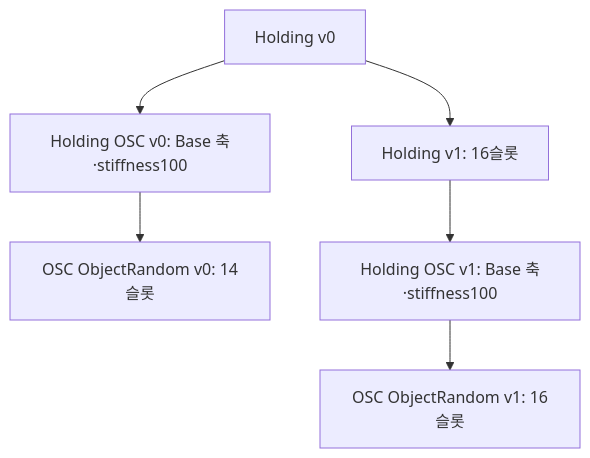
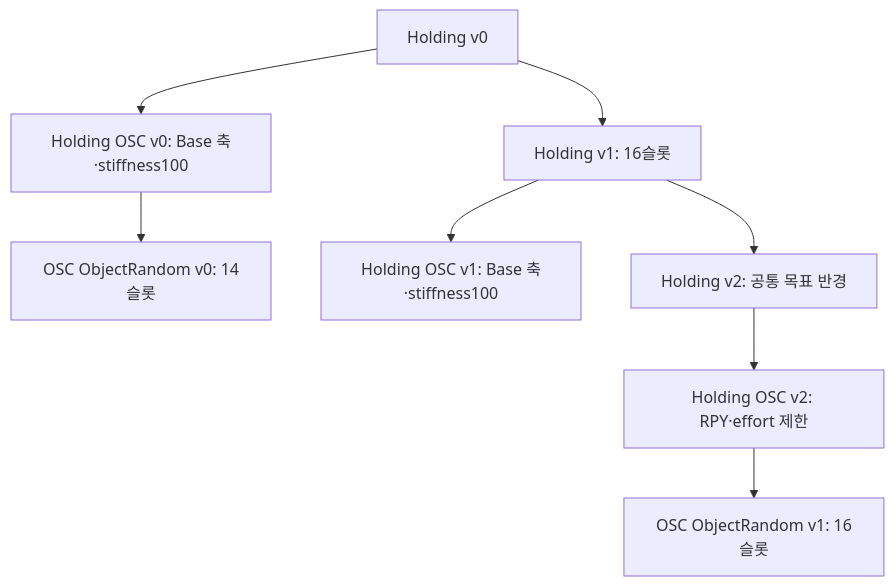
The fourth of 4 diagrams in 02_implementation/08_ACTIVE_ENVIRONMENTS.md (7cmdehdrb/Contact-Rich-Manipulation-Context), drawn with Mermaid before and after one commit. The commit also changed other lines of this file and 8 other files, not shown here.

````diff
--- a/02_implementation/08_ACTIVE_ENVIRONMENTS.md
+++ b/02_implementation/08_ACTIVE_ENVIRONMENTS.md
@@ -1026,8 +1026,10 @@
 ```mermaid
 flowchart TD
     H0["Holding v0"] --> O0["Holding OSC v0: Base 축·stiffness100"]
     O0 --> R0["OSC ObjectRandom v0: 14슬롯"]
     H0 --> H1["Holding v1: 16슬롯"]
     H1 --> O1["Holding OSC v1: Base 축·stiffness100"]
-    O1 --> R1["OSC ObjectRandom v1: 16슬롯"]
+    H1 --> H2["Holding v2: 공통 목표 반경"]
+    H2 --> O2["Holding OSC v2: RPY·effort 제한"]
+    O2 --> R1["OSC ObjectRandom v1: 16슬롯"]
 ```
````
